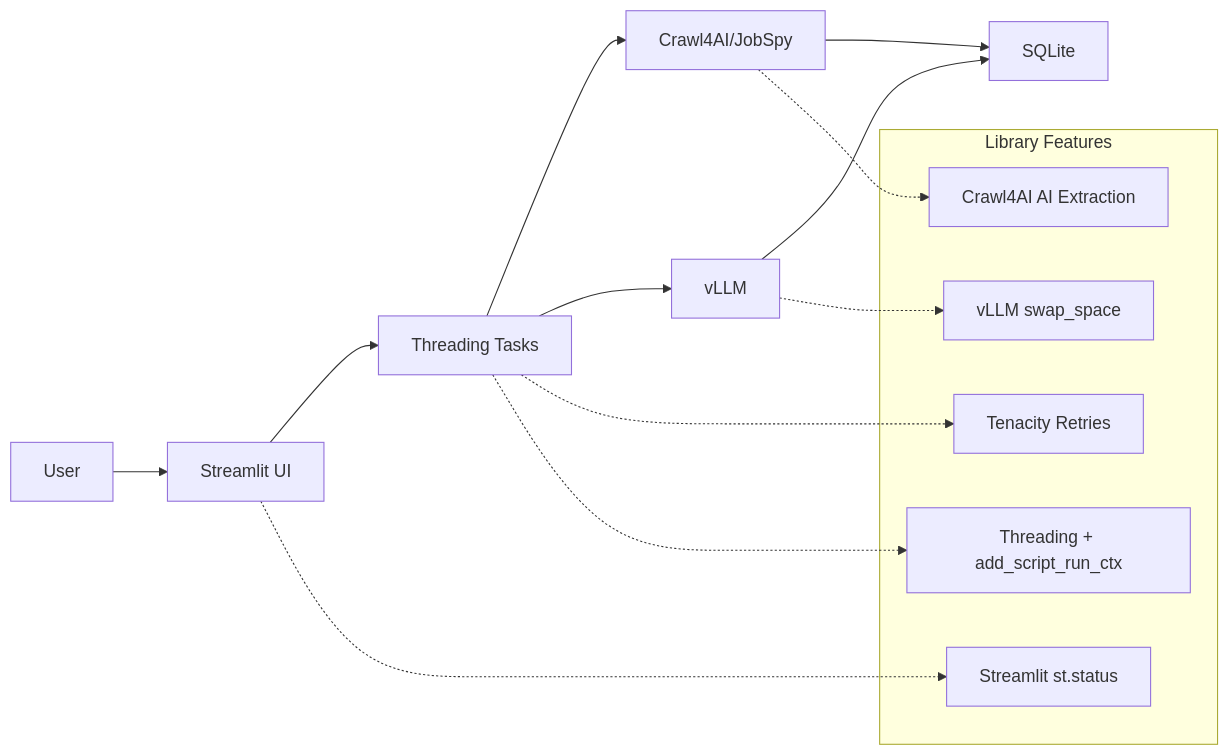
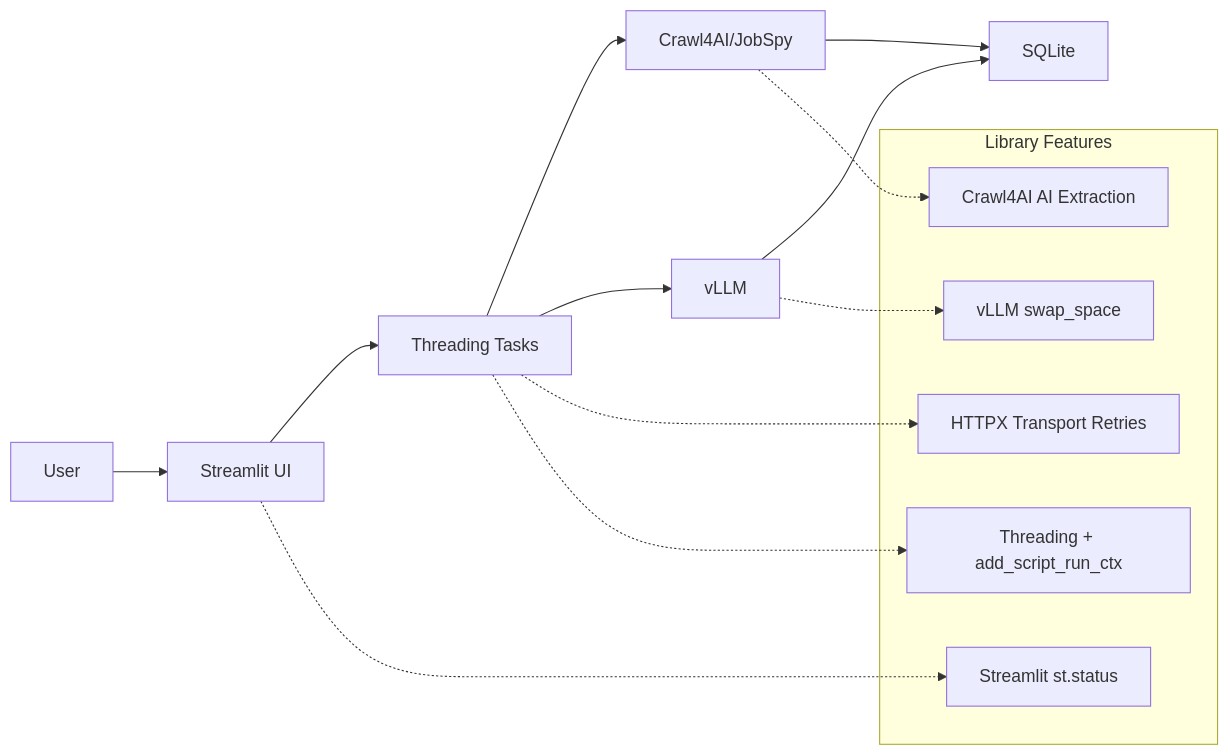
The diagram in docs/adrs/ADR-001-library-first-architecture.md (BjornMelin/ai-job-scraper), drawn with Mermaid before and after one commit. The commit also changed other lines of this file and 12 other files, not shown here.

````diff
--- a/docs/adrs/ADR-001-library-first-architecture.md
+++ b/docs/adrs/ADR-001-library-first-architecture.md
@@ -146,23 +146,23 @@
 ```mermaid
 graph LR
     A[User] --> B[Streamlit UI]
     B --> C[Threading Tasks]
     C --> D[Crawl4AI/JobSpy]
     C --> E[vLLM]
     E --> F[SQLite]
     D --> F
     
     subgraph "Library Features"
         G[vLLM swap_space]
         H[Streamlit st.status]
-        I[Tenacity Retries]
+        I[HTTPX Transport Retries]
         J[Threading + add_script_run_ctx]
         K[Crawl4AI AI Extraction]
     end
     
     E -.-> G
     B -.-> H
     C -.-> I
     C -.-> J
     D -.-> K
 ```
````
